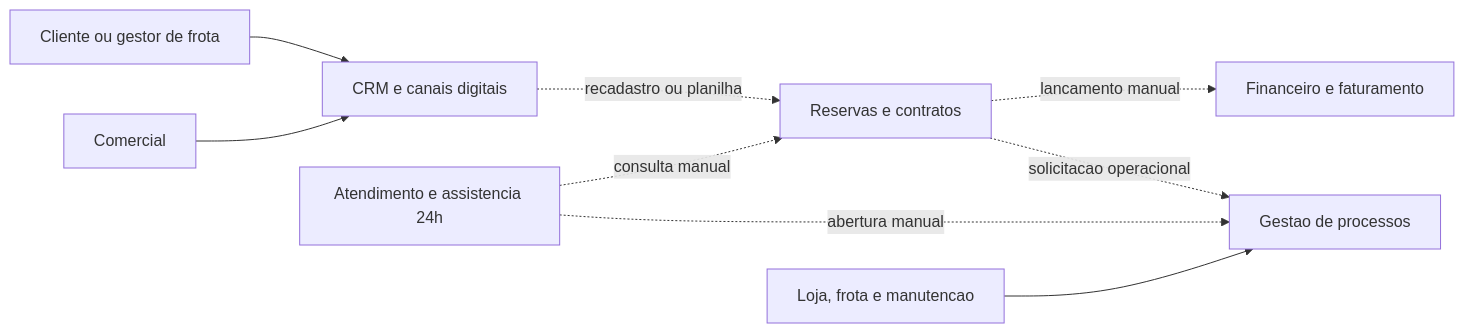
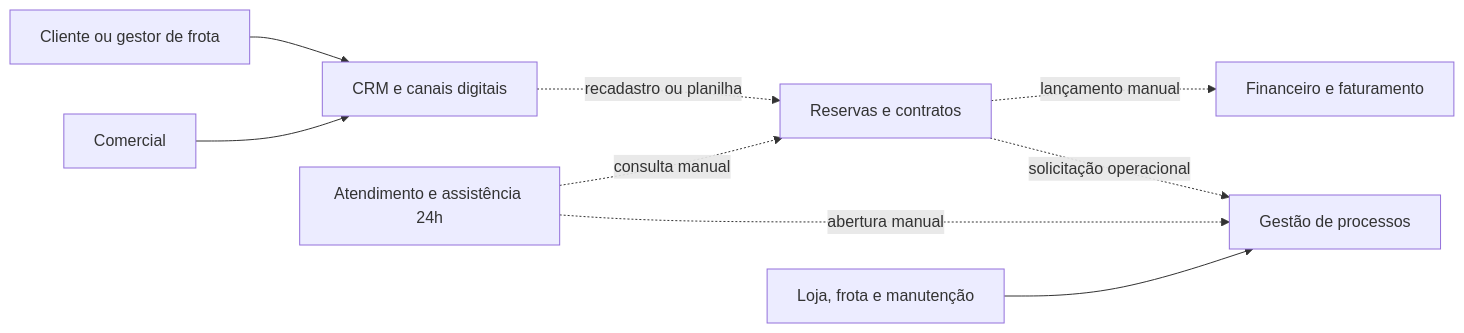
The diagram in docs/arquitetura/AS_IS.md (Roger-Quinelato/projetoAplicado7), drawn with Mermaid before and after one commit. The commit also changed 10 other files, not shown here.

First line of the commit message:
docs(relatorio): estrutura do Guia, fundamentação ampliada, citações ABNT e diagramas

````diff
--- a/docs/arquitetura/AS_IS.md
+++ b/docs/arquitetura/AS_IS.md
@@ -42,11 +42,11 @@
 ```mermaid
 flowchart LR
   Cliente[Cliente ou gestor de frota] --> CRM[CRM e canais digitais]
   Comercial[Comercial] --> CRM
   CRM -. recadastro ou planilha .-> CT[Reservas e contratos]
-  CT -. lancamento manual .-> FI[Financeiro e faturamento]
-  CT -. solicitacao operacional .-> BPM[Gestao de processos]
-  Atendimento[Atendimento e assistencia 24h] -. consulta manual .-> CT
+  CT -. lançamento manual .-> FI[Financeiro e faturamento]
+  CT -. solicitação operacional .-> BPM[Gestão de processos]
+  Atendimento[Atendimento e assistência 24h] -. consulta manual .-> CT
   Atendimento -. abertura manual .-> BPM
-  Operacao[Loja, frota e manutencao] --> BPM
+  Operacao[Loja, frota e manutenção] --> BPM
 ```
````
